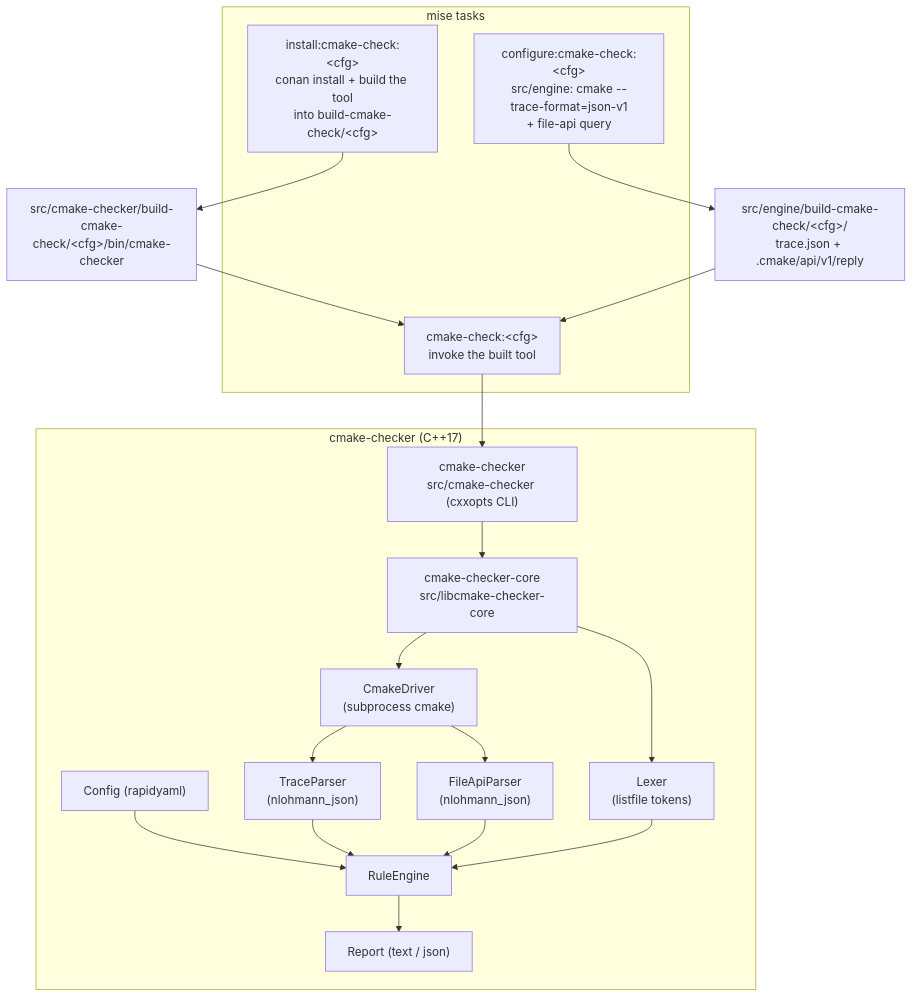
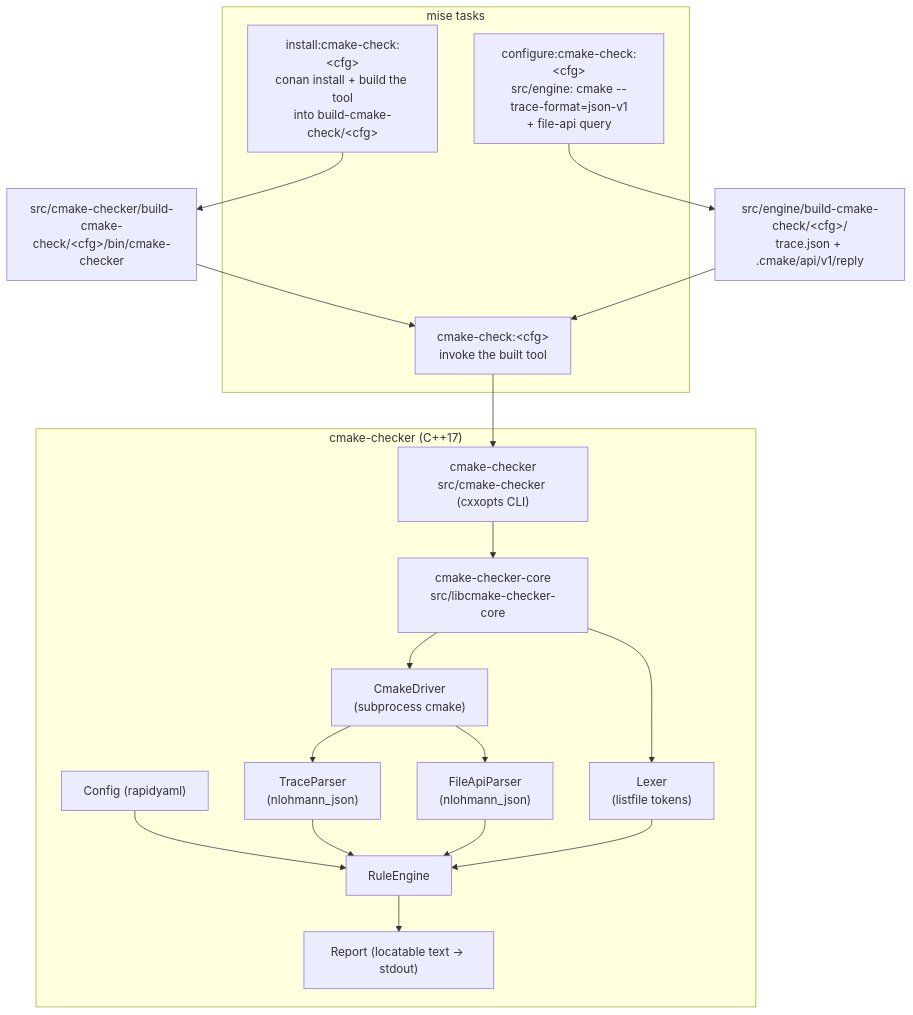
One commit to XenoideSoftware/Xenoide changed the diagram in docs/plans/CMAKE_STYLE_CHECKER_PLAN.md. Above: the diagram before and after it, drawn with Mermaid. The commit also changed other lines of this file, not shown here.

````diff
--- a/docs/plans/CMAKE_STYLE_CHECKER_PLAN.md
+++ b/docs/plans/CMAKE_STYLE_CHECKER_PLAN.md
@@ -71,36 +71,36 @@
 ```mermaid
 flowchart TB
     subgraph mise ["mise tasks"]
         IC["install:cmake-check:&lt;cfg&gt;<br/>conan install + build the tool<br/>into build-cmake-check/&lt;cfg&gt;"]
         CC["configure:cmake-check:&lt;cfg&gt;<br/>src/engine: cmake --trace-format=json-v1<br/>+ file-api query"]
         CK["cmake-check:&lt;cfg&gt;<br/>invoke the built tool"]
     end
 
     subgraph tool ["cmake-checker (C++17)"]
         CLI["cmake-checker<br/>src/cmake-checker (cxxopts CLI)"]
         CORE["cmake-checker-core<br/>src/libcmake-checker-core"]
         DRV["CmakeDriver<br/>(subprocess cmake)"]
         TR["TraceParser<br/>(nlohmann_json)"]
         FA["FileApiParser<br/>(nlohmann_json)"]
         LX["Lexer<br/>(listfile tokens)"]
         RE["RuleEngine"]
         CFG["Config (rapidyaml)"]
-        REP["Report (text / json)"]
+        REP["Report (locatable text -> stdout)"]
     end
 
     IC --> BIN["src/cmake-checker/build-cmake-check/&lt;cfg&gt;/bin/cmake-checker"]
     BIN --> CK
     CC --> TREE["src/engine/build-cmake-check/&lt;cfg&gt;/<br/>trace.json + .cmake/api/v1/reply"]
     TREE --> CK
     CK --> CLI
     CLI --> CORE
     CORE --> DRV
     DRV --> TR
     DRV --> FA
     CORE --> LX
     CFG --> RE
     TR --> RE
     FA --> RE
     LX --> RE
     RE --> REP
 ```
````
